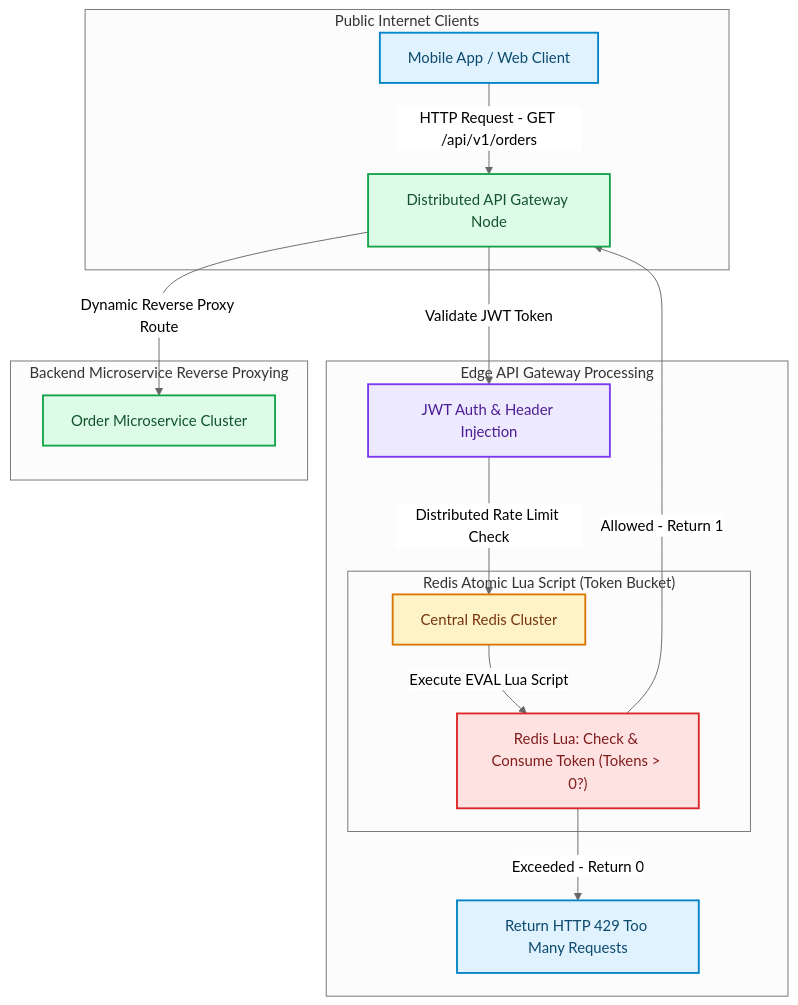
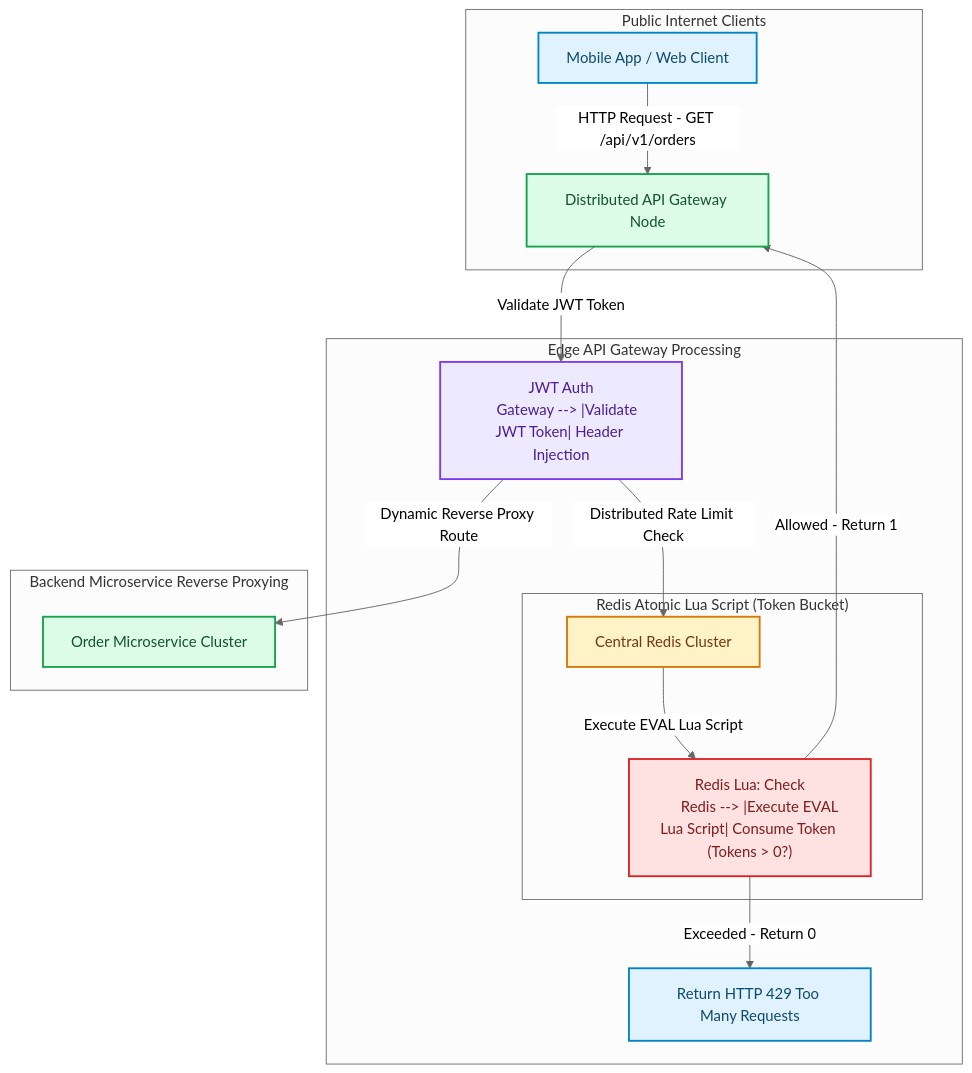
The diagram in blog/posts/distributed-api-gateway-rate-limiting-dynamic-proxy.md (akmalkhaniub/akmalkhaniub.github.io), drawn with Mermaid (neutral theme) before and after one commit. The commit also changed other lines of this file and 894 other files, not shown here.

Commit message:
feat(blog): upgrade all 444 posts with unique staggered dates, 2-col Mermaid spines, benchmark tables, code blocks, and trade-offs

````diff
--- a/blog/posts/distributed-api-gateway-rate-limiting-dynamic-proxy.md
+++ b/blog/posts/distributed-api-gateway-rate-limiting-dynamic-proxy.md
@@ -19,33 +19,35 @@
 ```mermaid
 flowchart TD
   subgraph SG1_PublicInternetClients ["Public Internet Clients"]
     ClientA["Mobile App / Web Client"] -->|HTTP Request - GET /api/v1/orders| Gateway["Distributed API Gateway Node"]
   end
   
   subgraph SG2_EdgeApiGateway ["Edge API Gateway Processing"]
-    Gateway -->|Validate JWT Token| Auth["JWT Auth & Header Injection"]
+    Gateway --> |Validate JWT Token| Auth["JWT Auth
+    Gateway --> |Validate JWT Token| Header Injection"]
     Auth -->|Distributed Rate Limit Check| Redis["Central Redis Cluster"]
     
     subgraph SG3_RedisAtomicLua ["Redis Atomic Lua Script (Token Bucket)"]
-      Redis -->|Execute EVAL Lua Script| Lua["Redis Lua: Check & Consume Token (Tokens > 0?)"]
+      Redis --> |Execute EVAL Lua Script| Lua["Redis Lua: Check
+      Redis --> |Execute EVAL Lua Script| Consume Token (Tokens > 0?)"]
     end
     
     Lua -->|Allowed - Return 1| Gateway
     Lua -->|Exceeded - Return 0| RateLimitExceeded[" Return HTTP 429 Too Many Requests"]
   end
   
   subgraph SG4_BackendMicroserviceReverse ["Backend Microservice Reverse Proxying"]
-    Gateway -->|Dynamic Reverse Proxy Route| OrderService["Order Microservice Cluster"]
+    Auth --> |Dynamic Reverse Proxy Route| OrderService["Order Microservice Cluster"]
   end
 
 classDef green fill:#dcfce7,stroke:#16a34a,stroke-width:2px,color:#14532d;
 classDef red fill:#fee2e2,stroke:#dc2626,stroke-width:2px,color:#7f1d1d;
 classDef blue fill:#e0f2fe,stroke:#0284c7,stroke-width:2px,color:#0c4a6e;
 classDef yellow fill:#fef3c7,stroke:#d97706,stroke-width:2px,color:#78350f;
 classDef purple fill:#ede9fe,stroke:#7c3aed,stroke-width:2px,color:#4c1d95;
 class ClientA,RateLimitExceeded blue
 class Gateway,OrderService green
 class Auth purple
 class Redis yellow
 class Lua red
 ```
````
